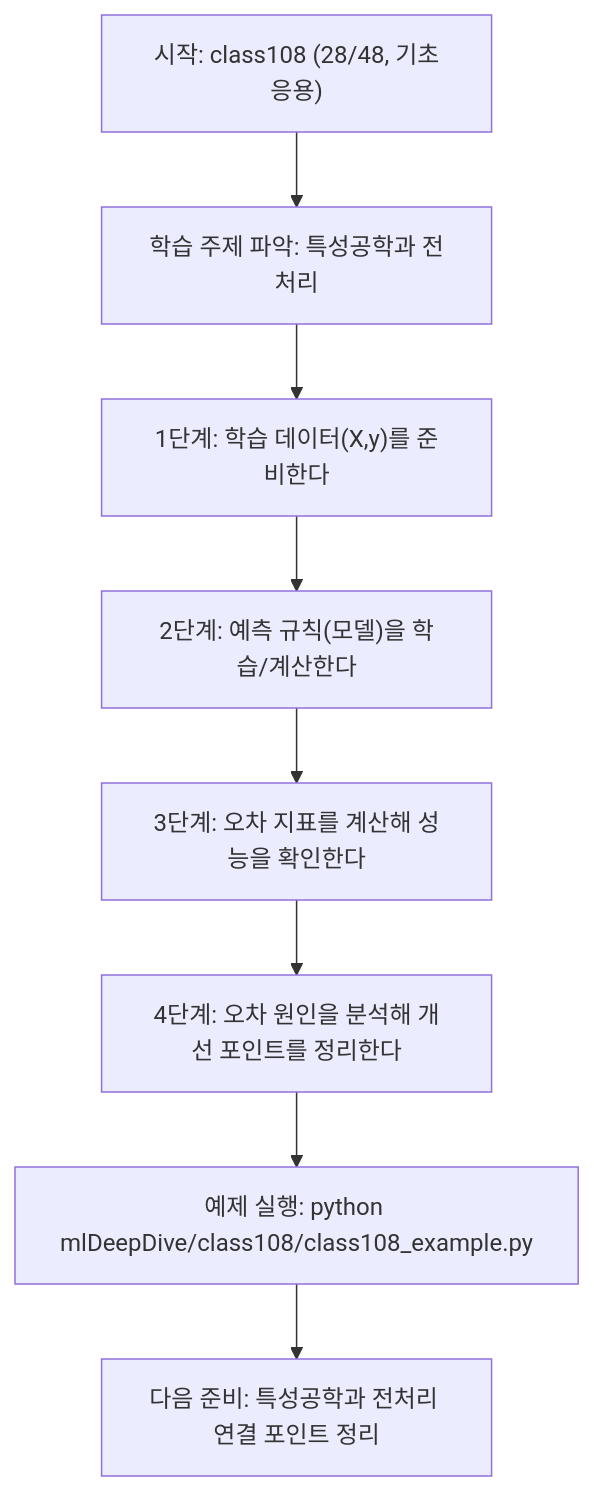
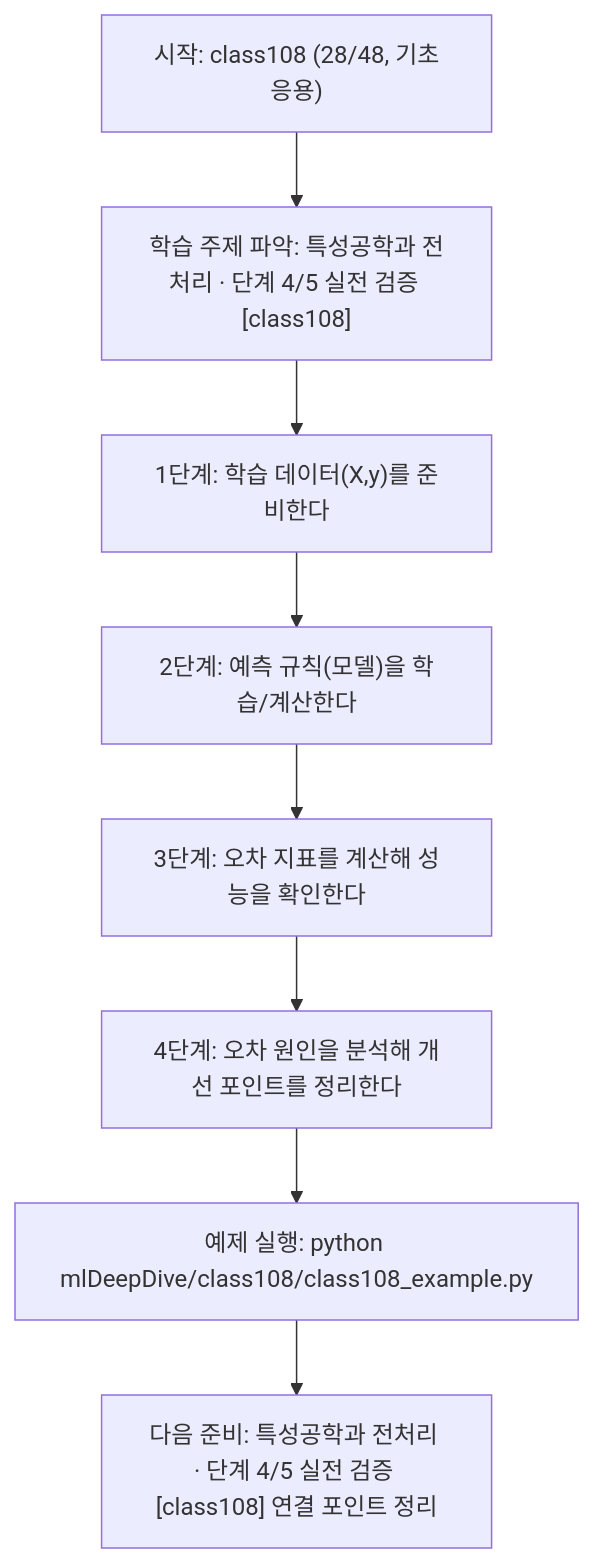
Before and after one commit to edumgt/Python-AI_Agent-Class: the diagram in mlDeepDive/class108/class108.md, drawn with Mermaid. The commit also changed other lines of this file and 522 other files, not shown here.

````diff
--- a/mlDeepDive/class108/class108.md
+++ b/mlDeepDive/class108/class108.md
@@ -108,18 +109,18 @@
 ```mermaid
 flowchart TD
 N1["시작: class108 (28/48, 기초응용)"]
-N2["학습 주제 파악: 특성공학과 전처리"]
+N2["학습 주제 파악: 특성공학과 전처리 · 단계 4/5 실전 검증 [class108]"]
 N3["1단계: 학습 데이터(X,y)를 준비한다"]
 N4["2단계: 예측 규칙(모델)을 학습/계산한다"]
 N5["3단계: 오차 지표를 계산해 성능을 확인한다"]
 N6["4단계: 오차 원인을 분석해 개선 포인트를 정리한다"]
 N7["예제 실행: python mlDeepDive/class108/class108_example.py"]
-N8["다음 준비: 특성공학과 전처리 연결 포인트 정리"]
+N8["다음 준비: 특성공학과 전처리 · 단계 4/5 실전 검증 [class108] 연결 포인트 정리"]
 N1 --> N2
 N2 --> N3
 N3 --> N4
 N4 --> N5
 N5 --> N6
 N6 --> N7
 N7 --> N8
 ```
````
